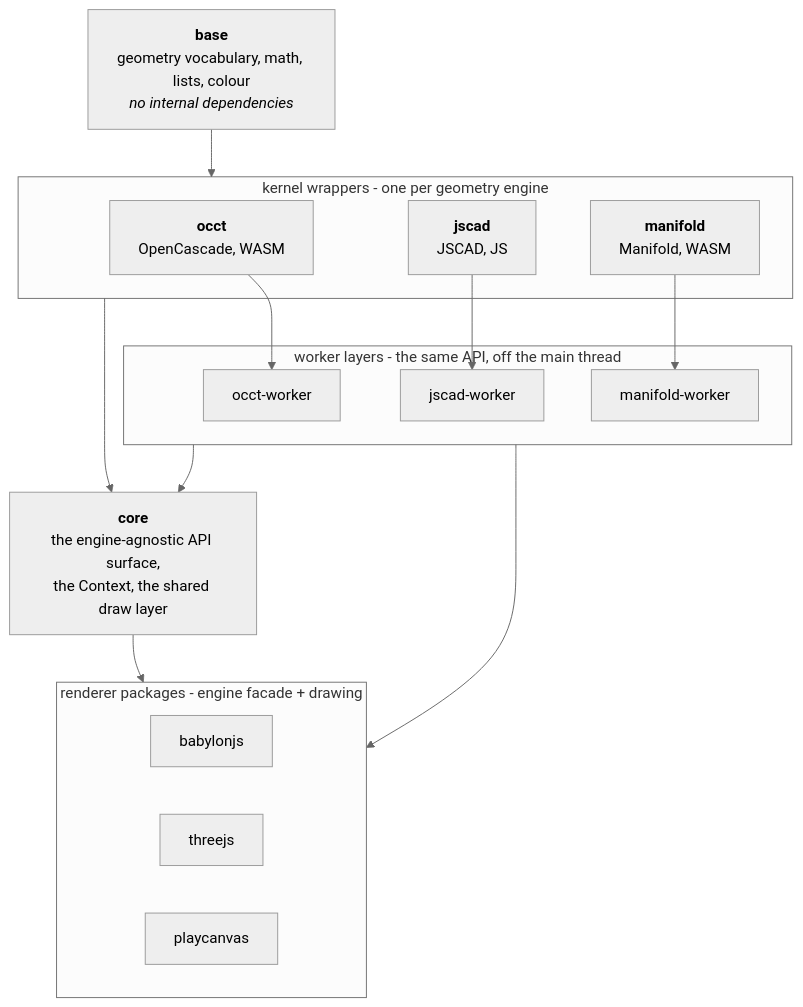
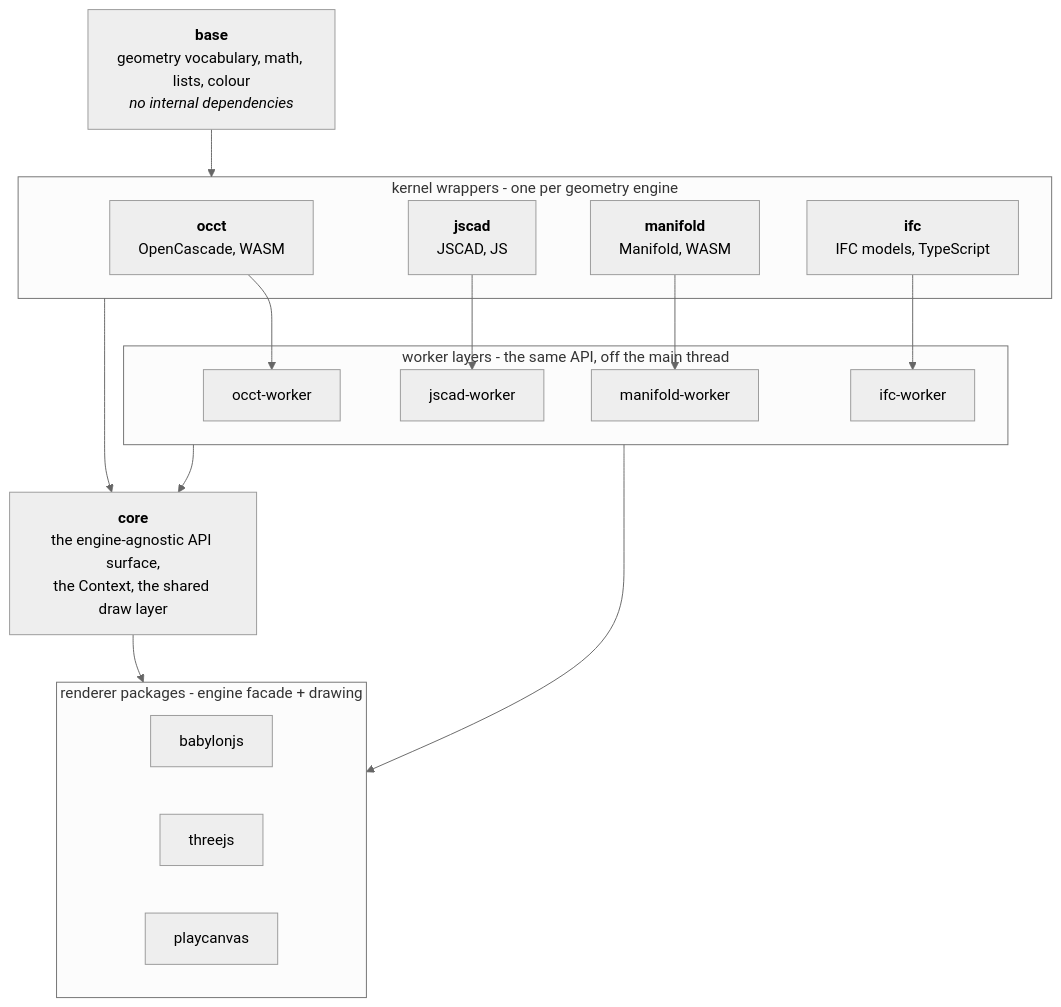
The first of 2 diagrams in ARCHITECTURE.md (bitbybit-dev/bitbybit), drawn with Mermaid (neutral theme) before and after one commit. The commit also changed other lines of this file and 438 other files, not shown here.

````diff
--- a/ARCHITECTURE.md
+++ b/ARCHITECTURE.md
@@ -24,33 +24,36 @@
 ```mermaid
 flowchart TD
     base["<b>base</b><br/>geometry vocabulary, math, lists, colour<br/><i>no internal dependencies</i>"]
 
     subgraph K["kernel wrappers - one per geometry engine"]
         occt["<b>occt</b><br/>OpenCascade, WASM"]
         jscad["<b>jscad</b><br/>JSCAD, JS"]
         manifold["<b>manifold</b><br/>Manifold, WASM"]
+        ifc["<b>ifc</b><br/>IFC models, TypeScript"]
     end
 
     subgraph W["worker layers - the same API, off the main thread"]
         occtw["occt-worker"]
         jscadw["jscad-worker"]
         manifoldw["manifold-worker"]
+        ifcw["ifc-worker"]
     end
 
     core["<b>core</b><br/>the engine-agnostic API surface,<br/>the Context, the shared draw layer"]
 
     subgraph R["renderer packages - engine facade + drawing"]
         bjs["babylonjs"]
         three["threejs"]
         pc["playcanvas"]
     end
 
     base --> K
     occt --> occtw
     jscad --> jscadw
     manifold --> manifoldw
+    ifc --> ifcw
     K --> core
     W --> core
     core --> R
     W --> R
 ```
````
